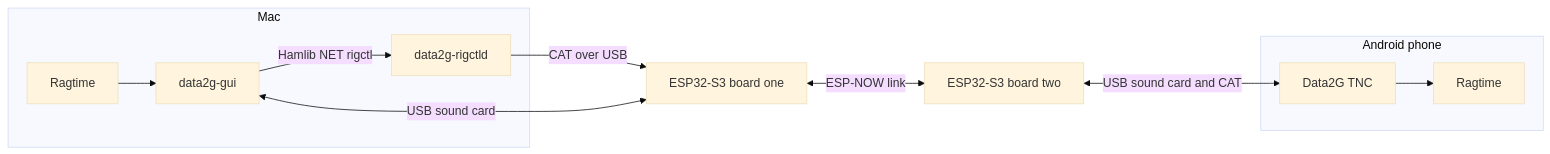
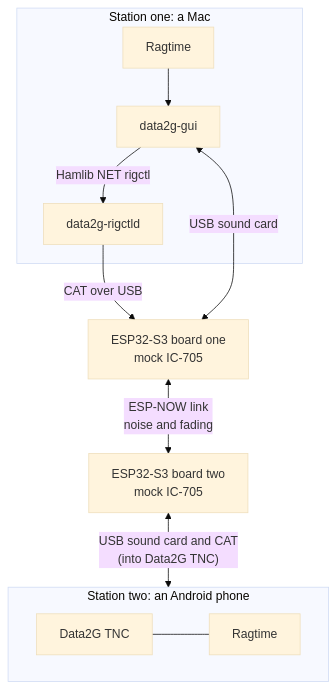
One commit to finitor/esp32-mock-rig changed the diagram in README.md. Above: the diagram before and after it, drawn with Mermaid (base theme).

Commit message:
Stack the two stations vertically in the README's diagram

````diff
--- a/README.md
+++ b/README.md
@@ -27,14 +27,16 @@
 ```mermaid
-flowchart LR
-  subgraph Mac
-    RT1[Ragtime] --> D1[data2g-gui]
-    D1 -->|Hamlib NET rigctl| F[data2g-rigctld]
+flowchart TB
+  subgraph mac["Station one: a Mac"]
+    RT1[Ragtime] --> D1[data2g-gui] -->|Hamlib NET rigctl| F[data2g-rigctld]
   end
-  F -->|CAT over USB| B1[ESP32-S3 board one]
+  B1[ESP32-S3 board one<br/>mock IC-705]
+  B2[ESP32-S3 board two<br/>mock IC-705]
+  subgraph phone["Station two: an Android phone"]
+    direction LR
+    D2[Data2G TNC] --- RT2[Ragtime]
+  end
+  F -->|CAT over USB| B1
   D1 <-->|USB sound card| B1
-  B1 <-->|ESP-NOW link| B2[ESP32-S3 board two]
-  subgraph Android phone
-    D2[Data2G TNC] --> RT2[Ragtime]
-  end
-  B2 <-->|USB sound card and CAT| D2
+  B1 <-->|ESP-NOW link<br/>noise and fading| B2
+  B2 <-->|"USB sound card and CAT<br/>(into Data2G TNC)"| phone
 ```
````
